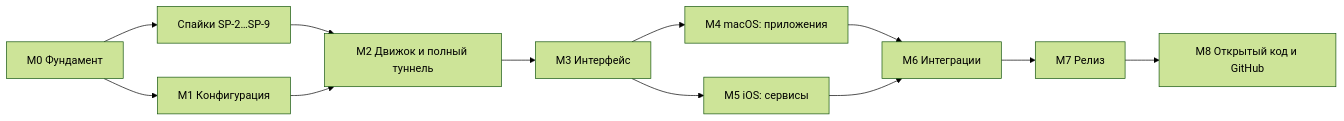
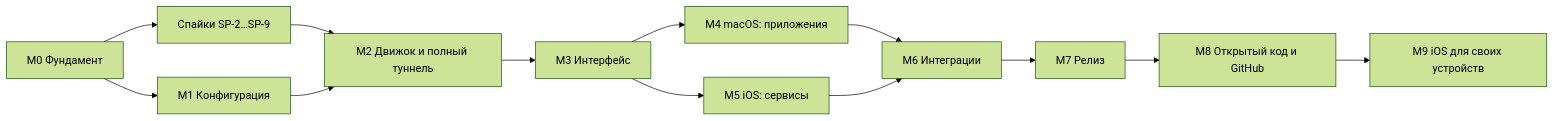
One commit to facelessdiplomat/splitway changed the diagram in docs/05-tasks/README.md. Above: the diagram before and after it, drawn with Mermaid (forest theme). The commit also changed other lines of this file and 8 other files, not shown here.

````diff
--- a/docs/05-tasks/README.md
+++ b/docs/05-tasks/README.md
@@ -47,14 +48,15 @@
 ```mermaid
 flowchart LR
   M0[M0 Фундамент] --> SP[Спайки SP-2…SP-9]
   M0 --> M1[M1 Конфигурация]
   SP --> M2[M2 Движок и полный туннель]
   M1 --> M2
   M2 --> M3[M3 Интерфейс]
   M3 --> M4[M4 macOS: приложения]
   M3 --> M5[M5 iOS: сервисы]
   M4 --> M6[M6 Интеграции]
   M5 --> M6
   M6 --> M7[M7 Релиз]
   M7 --> M8[M8 Открытый код и GitHub]
+  M8 --> M9[M9 iOS для своих устройств]
 ```
````
